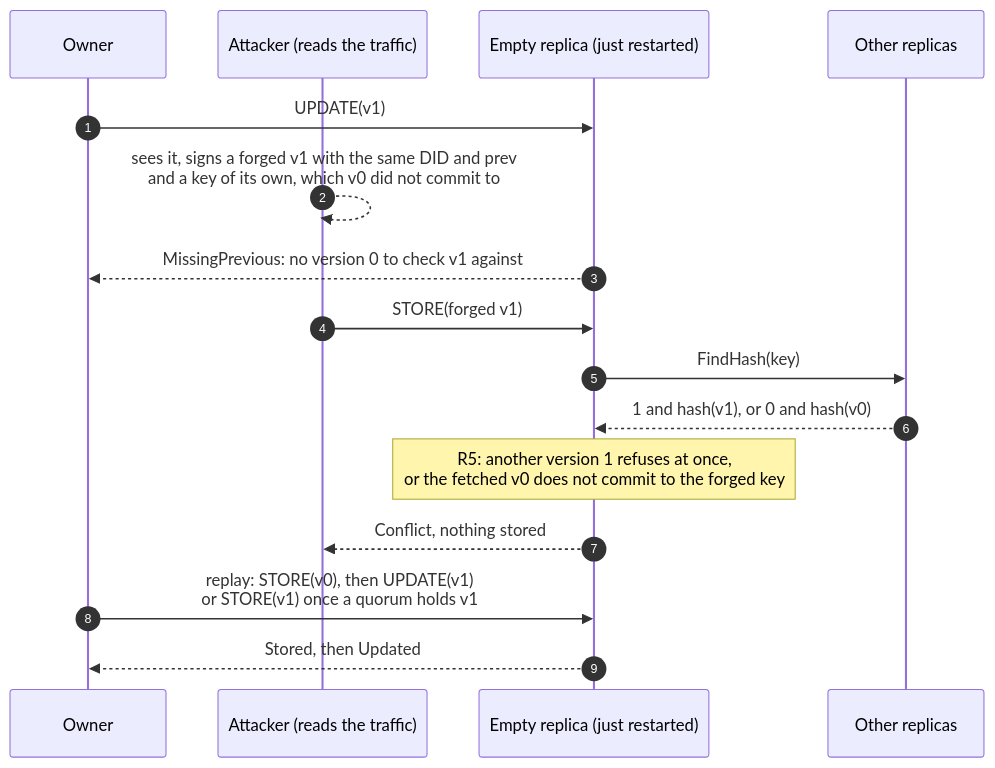
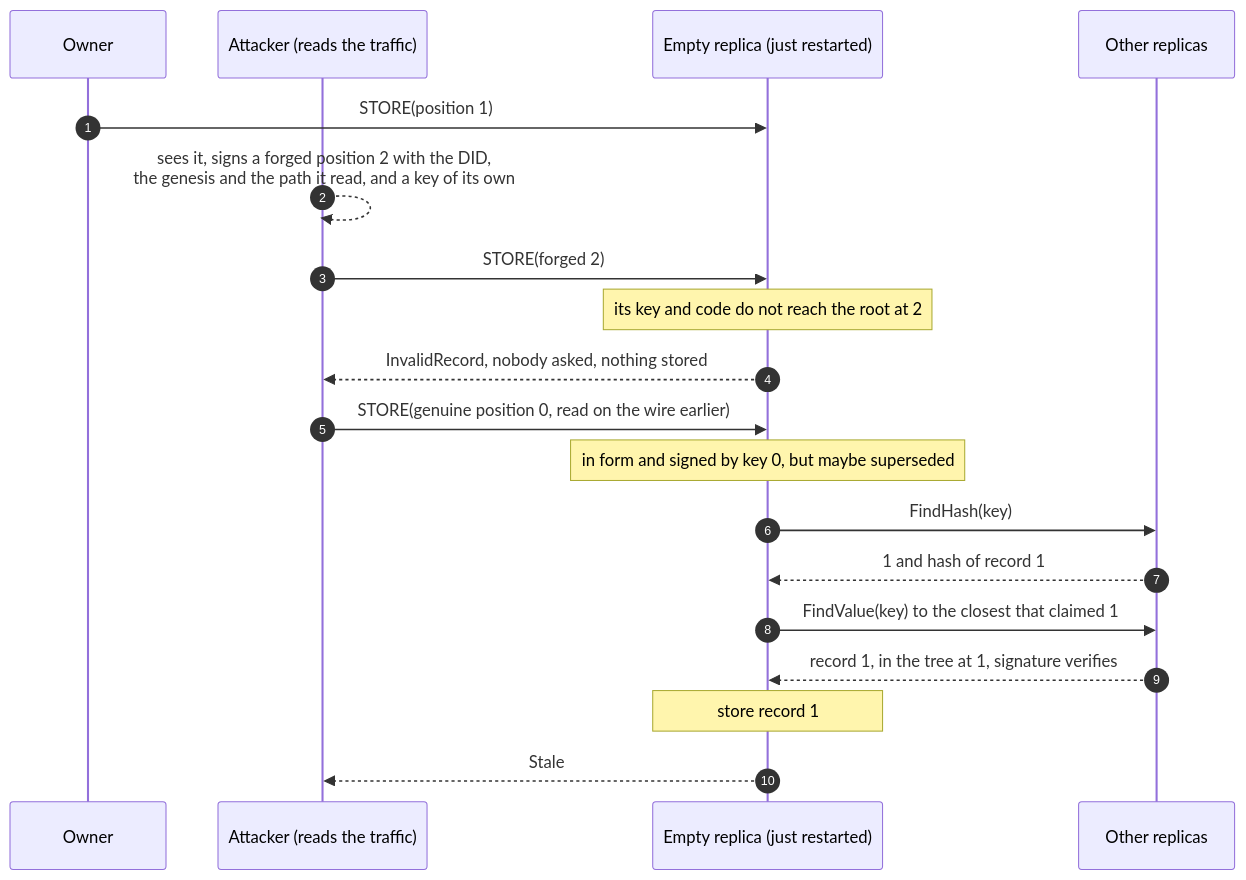
The diagram in docs/design/attack.mmd (fratrung/auth-kademlia-rs), drawn with Mermaid before and after one commit. The commit also changed 28 other files, not shown here.

```diff
--- a/docs/design/attack.mmd
+++ b/docs/design/attack.mmd
@@ -1,16 +1,19 @@
 sequenceDiagram
     autonumber
     participant O as Owner
     participant A as Attacker (reads the traffic)
     participant E as Empty replica (just restarted)
     participant H as Other replicas
-    O->>E: UPDATE(v1)
-    A-->>A: sees it, signs a forged v1 with the same DID and prev<br/>and a key of its own, which v0 did not commit to
-    E-->>O: MissingPrevious: no version 0 to check v1 against
-    A->>E: STORE(forged v1)
+    O->>E: STORE(position 1)
+    A-->>A: sees it, signs a forged position 2 with the DID,<br/>the genesis and the path it read, and a key of its own
+    A->>E: STORE(forged 2)
+    Note over E: its key and code do not reach the root at 2
+    E-->>A: InvalidRecord, nobody asked, nothing stored
+    A->>E: STORE(genuine position 0, read on the wire earlier)
+    Note over E: in form and signed by key 0, but maybe superseded
     E->>H: FindHash(key)
-    H-->>E: 1 and hash(v1), or 0 and hash(v0)
-    Note over E: R5: another version 1 refuses at once,<br/>or the fetched v0 does not commit to the forged key
-    E-->>A: Conflict, nothing stored
-    O->>E: replay: STORE(v0), then UPDATE(v1)<br/>or STORE(v1) once a quorum holds v1
-    E-->>O: Stored, then Updated
+    H-->>E: 1 and hash of record 1
+    E->>H: FindValue(key) to the closest that claimed 1
+    H-->>E: record 1, in the tree at 1, signature verifies
+    Note over E: store record 1
+    E-->>A: Stale
```
